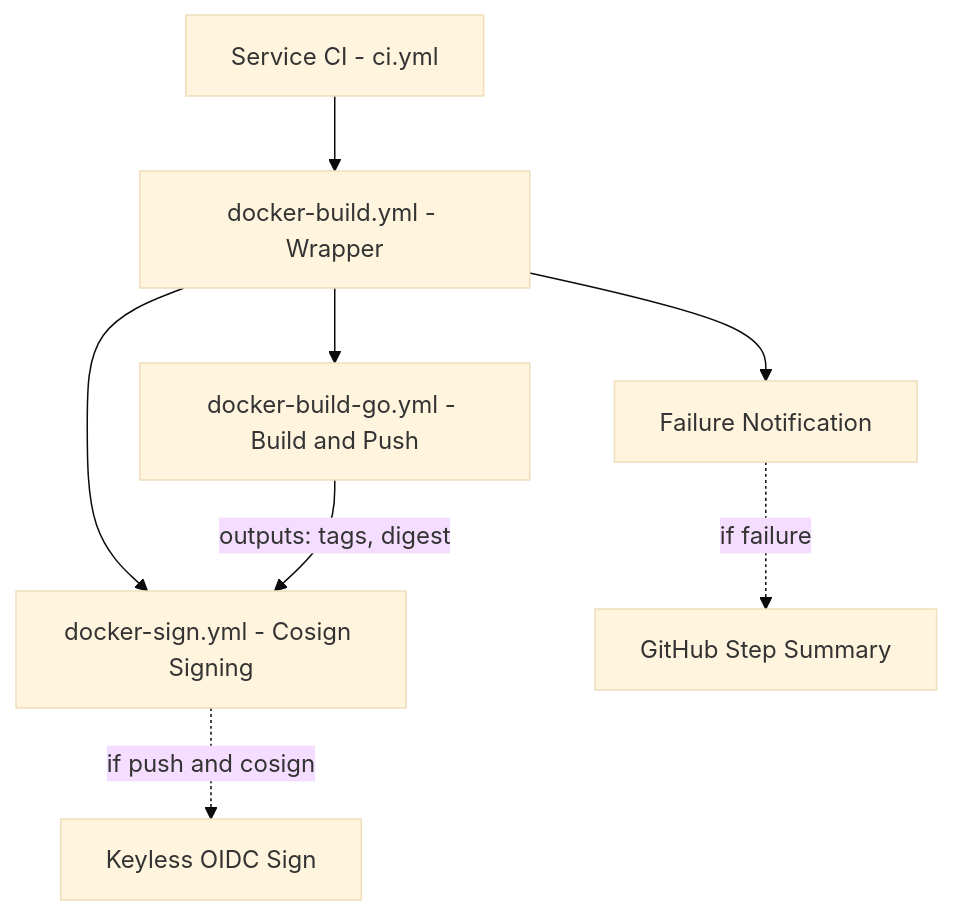
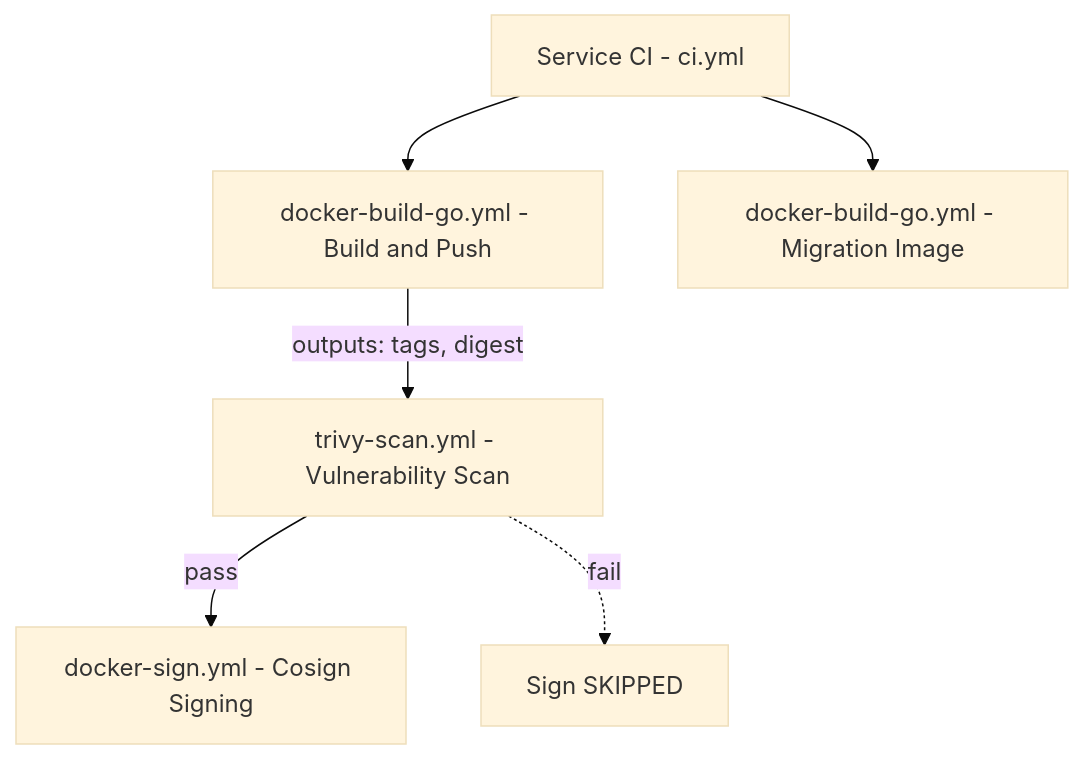
The fifth of 8 diagrams in docs/platform/cicd.md (duynhlab/homelab), drawn with Mermaid (base theme) before and after one commit. The commit also changed other lines of this file and 3 other files, not shown here.

````diff
--- a/docs/platform/cicd.md
+++ b/docs/platform/cicd.md
@@ -154,10 +207,8 @@
 ```mermaid
 flowchart TD
-  Caller[Service CI - ci.yml] --> Wrapper[docker-build.yml - Wrapper]
-  Wrapper --> Build[docker-build-go.yml - Build and Push]
-  Wrapper --> Sign[docker-sign.yml - Cosign Signing]
-  Wrapper --> Fail[Failure Notification]
-  Build -->|outputs: tags, digest| Sign
-  Sign -.->|if push and cosign| Cosign[Keyless OIDC Sign]
-  Fail -.->|if failure| Summary[GitHub Step Summary]
+  Caller[Service CI - ci.yml] --> Build[docker-build-go.yml - Build and Push]
+  Build -->|"outputs: tags, digest"| Scan[trivy-scan.yml - Vulnerability Scan]
+  Scan -->|"pass"| Sign[docker-sign.yml - Cosign Signing]
+  Scan -.->|"fail"| Skip["Sign SKIPPED"]
+  Caller --> DbInit[docker-build-go.yml - Migration Image]
 ```
````
